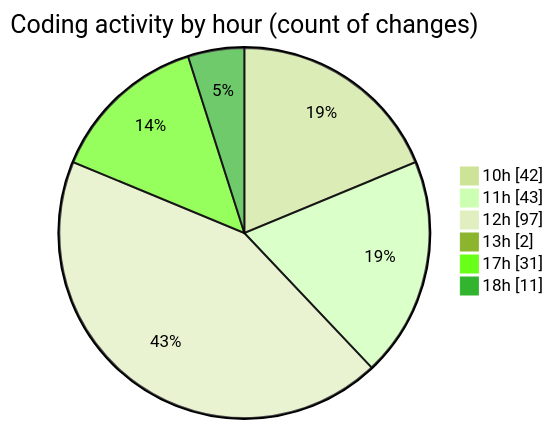
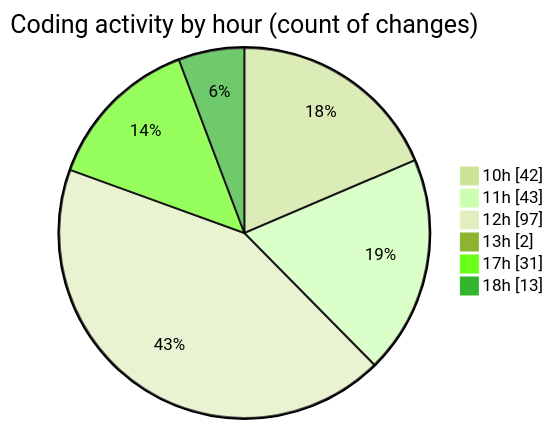
One commit to CELIANVF/code-tracking changed the second of 2 diagrams in 2025-05-15/ecodeli-1/README.md. Above: the diagram before and after it, drawn with Mermaid (forest theme). The commit also changed other lines of this file and 1 other file, not shown here.

````diff
--- a/2025-05-15/ecodeli-1/README.md
+++ b/2025-05-15/ecodeli-1/README.md
@@ -82,10 +82,10 @@
 ```mermaid
 pie showData
 title Coding activity by hour (count of changes)
 "10h" : 42
 "11h" : 43
 "12h" : 97
 "13h" : 2
 "17h" : 31
-"18h" : 11
+"18h" : 13
 ```
````
